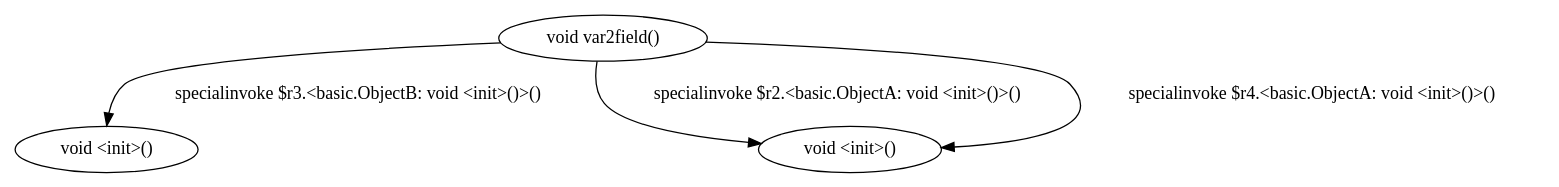
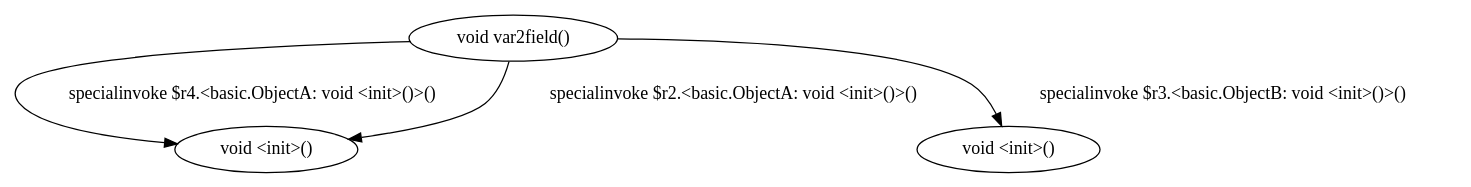
The diagram in dot/<assignment.BasicAssignment: void var2field()>.dot (SeanCoek/zString), drawn with Graphviz before and after one commit. The commit also changed other lines of this file and 351 other files, not shown here.

```diff
--- a/dot/<assignment.BasicAssignment: void var2field()>.dot
+++ b/dot/<assignment.BasicAssignment: void var2field()>.dot
@@ -1,8 +1,8 @@
 digraph g {
+1[label="void <init>()"]
+0[label="void var2field()"]
 2[label="void <init>()"]
-0[label="void var2field()"]
-1[label="void <init>()"]
+0->1[label="specialinvoke $r4.<basic.ObjectA: void <init>()>()"]
 0->1[label="specialinvoke $r2.<basic.ObjectA: void <init>()>()"]
-0->1[label="specialinvoke $r4.<basic.ObjectA: void <init>()>()"]
 0->2[label="specialinvoke $r3.<basic.ObjectB: void <init>()>()"]
 }
```
